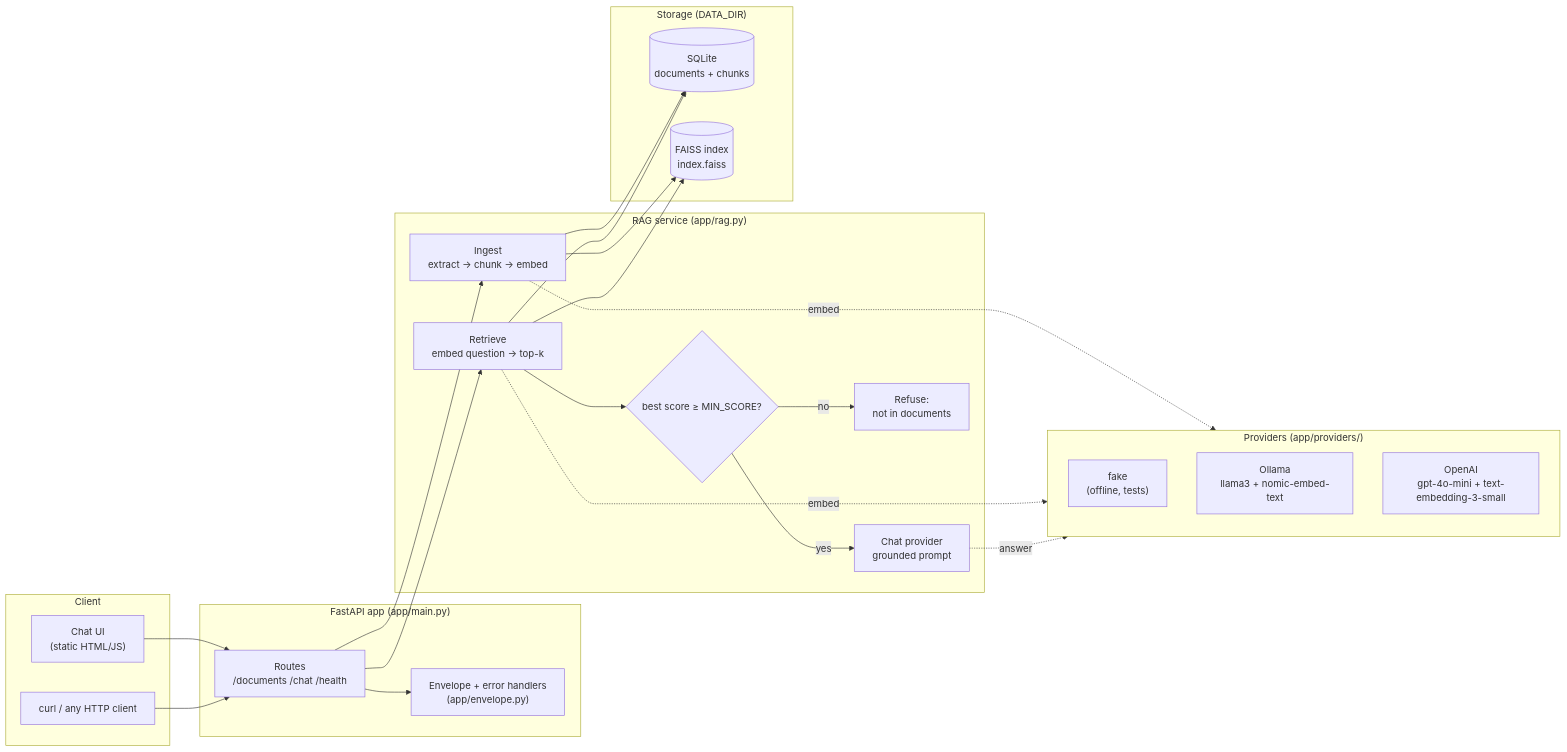
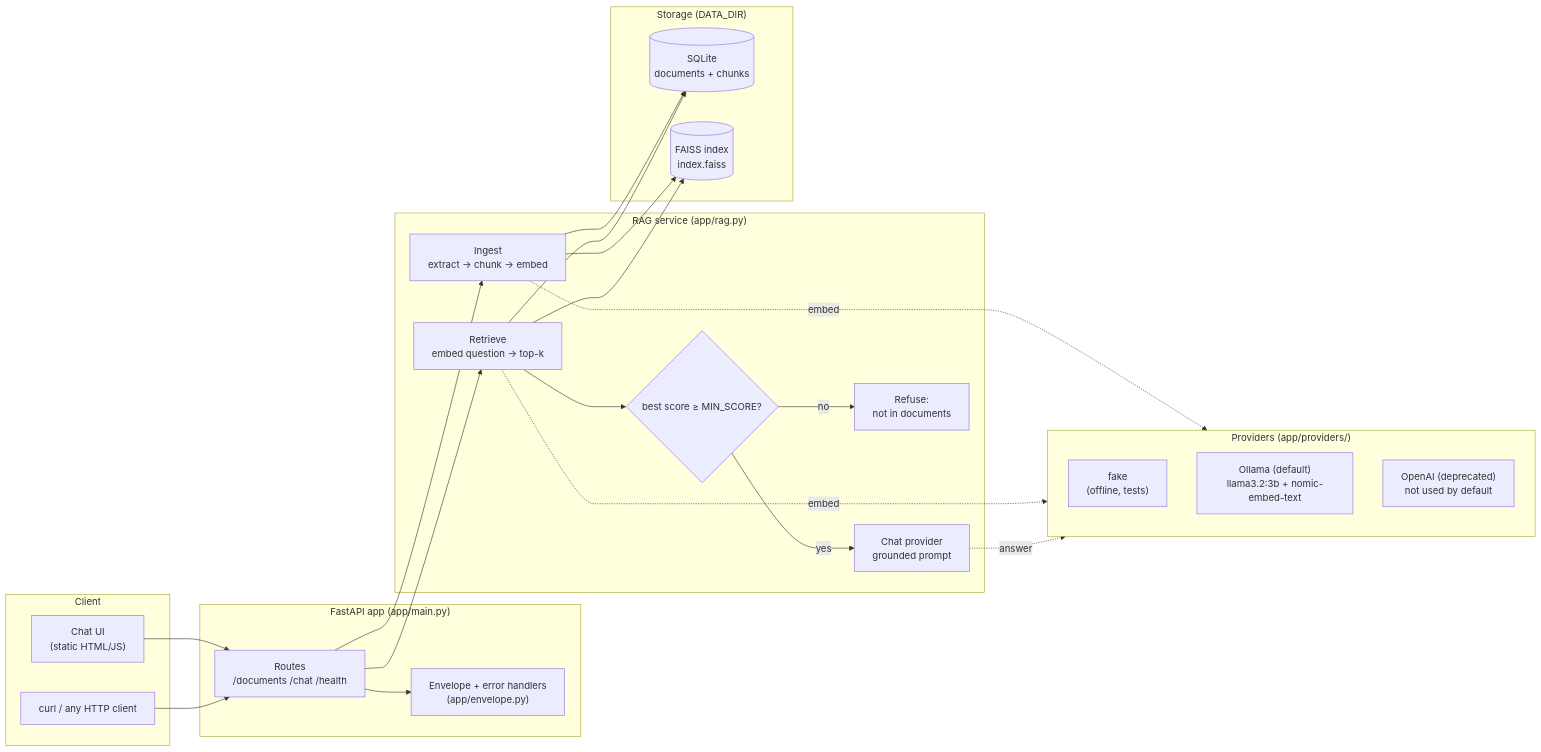
The diagram in docs/ARCHITECTURE.md (ahsannafees903/school-docs-rag-assistant), drawn with Mermaid before and after one commit. The commit also changed other lines of this file and 14 other files, not shown here.

First line of the commit message:
Make local Ollama the default, with no paid API key.

````diff
--- a/docs/ARCHITECTURE.md
+++ b/docs/ARCHITECTURE.md
@@ -3,47 +3,47 @@
 ```mermaid
 flowchart LR
     subgraph Client
         UI["Chat UI<br/>(static HTML/JS)"]
         CURL["curl / any HTTP client"]
     end
 
     subgraph API["FastAPI app (app/main.py)"]
         R["Routes<br/>/documents /chat /health"]
         ENV["Envelope + error handlers<br/>(app/envelope.py)"]
     end
 
     subgraph Core["RAG service (app/rag.py)"]
         ING["Ingest<br/>extract → chunk → embed"]
         RET["Retrieve<br/>embed question → top-k"]
         GRD{"best score ≥ MIN_SCORE?"}
         GEN["Chat provider<br/>grounded prompt"]
         REF["Refuse:<br/>not in documents"]
     end
 
     subgraph Providers["Providers (app/providers/)"]
         FAKE["fake<br/>(offline, tests)"]
-        OLL["Ollama<br/>llama3 + nomic-embed-text"]
-        OAI["OpenAI<br/>gpt-4o-mini + text-embedding-3-small"]
+        OLL["Ollama (default)<br/>llama3.2:3b + nomic-embed-text"]
+        OAI["OpenAI (deprecated)<br/>not used by default"]
     end
 
     subgraph Storage["Storage (DATA_DIR)"]
         SQL[("SQLite<br/>documents + chunks")]
         FAISS[("FAISS index<br/>index.faiss")]
     end
 
     UI --> R
     CURL --> R
     R --> ING
     R --> RET
     ING --> SQL
     ING --> FAISS
     RET --> FAISS
     RET --> SQL
     RET --> GRD
     GRD -- yes --> GEN
     GRD -- no --> REF
     ING -. embed .-> Providers
     RET -. embed .-> Providers
     GEN -. answer .-> Providers
     R --> ENV
 ```
````
